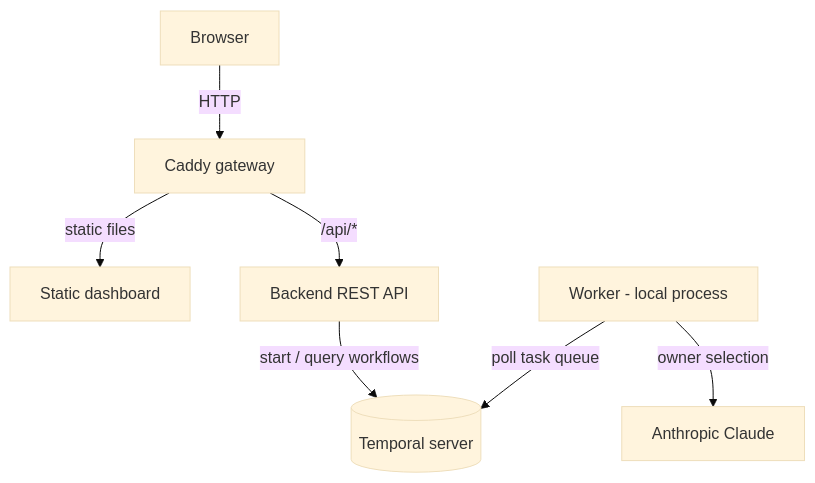
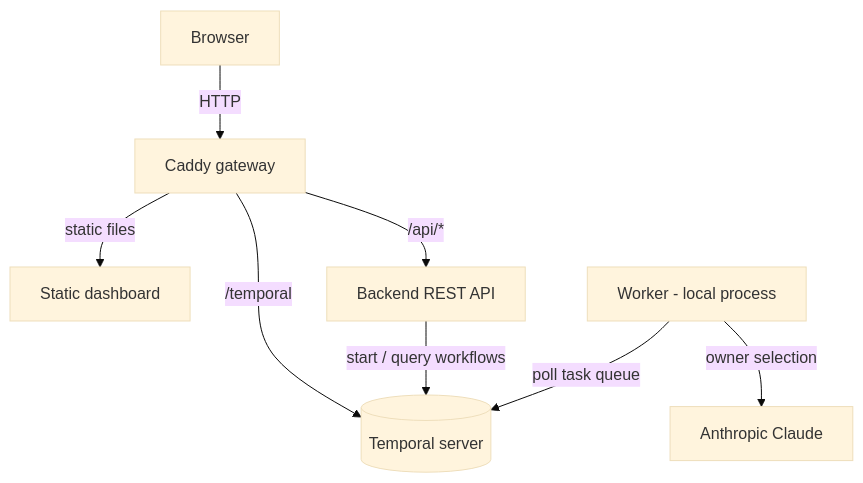
The diagram in README.md (alexandreroman/replay-to-repair), drawn with Mermaid (base theme) before and after one commit. The commit also changed other lines of this file and 3 other files, not shown here.

First line of the commit message:
Document the port scheme and /temporal gateway route

````diff
--- a/README.md
+++ b/README.md
@@ -125,9 +121,10 @@
 ```mermaid
 graph TD
     Browser -->|HTTP| Gateway[Caddy gateway]
     Gateway -->|static files| Frontend[Static dashboard]
     Gateway -->|/api/*| Backend[Backend REST API]
+    Gateway -->|/temporal| Temporal[(Temporal server)]
     Backend -->|start / query workflows| Temporal[(Temporal server)]
     Worker[Worker - local process] -->|poll task queue| Temporal
     Worker -->|owner selection| Claude[Anthropic Claude]
 ```
````
